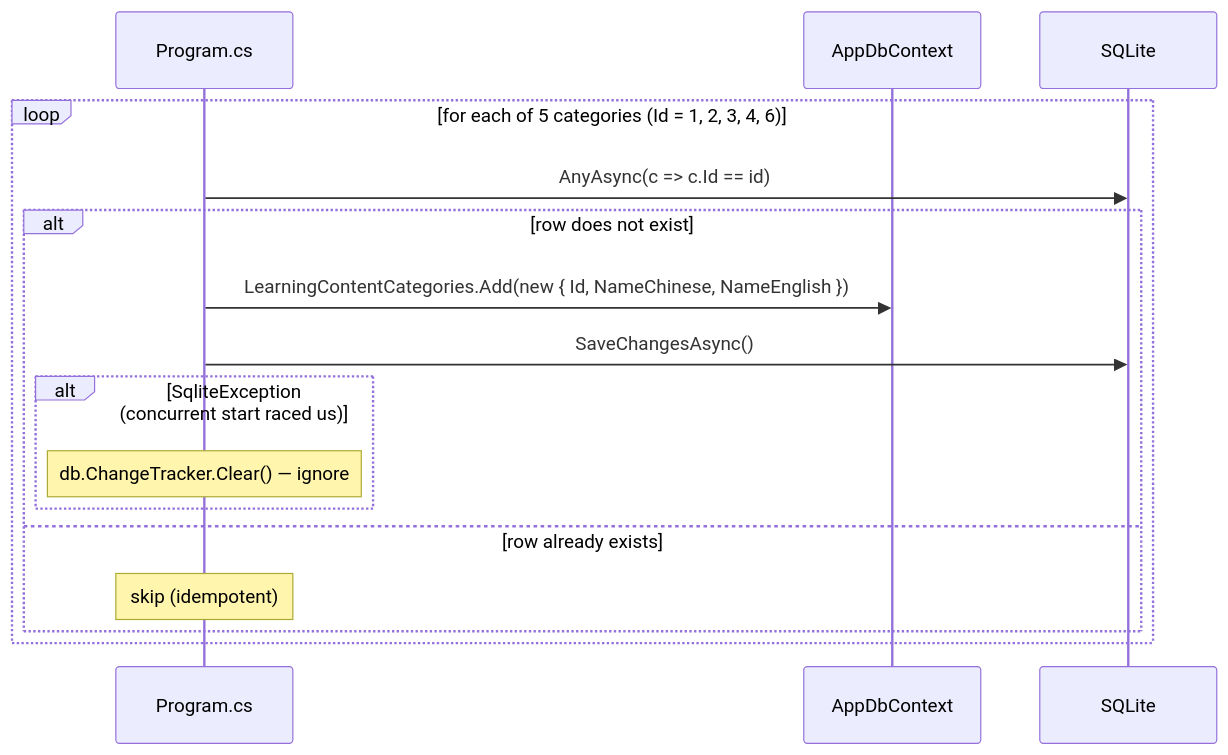
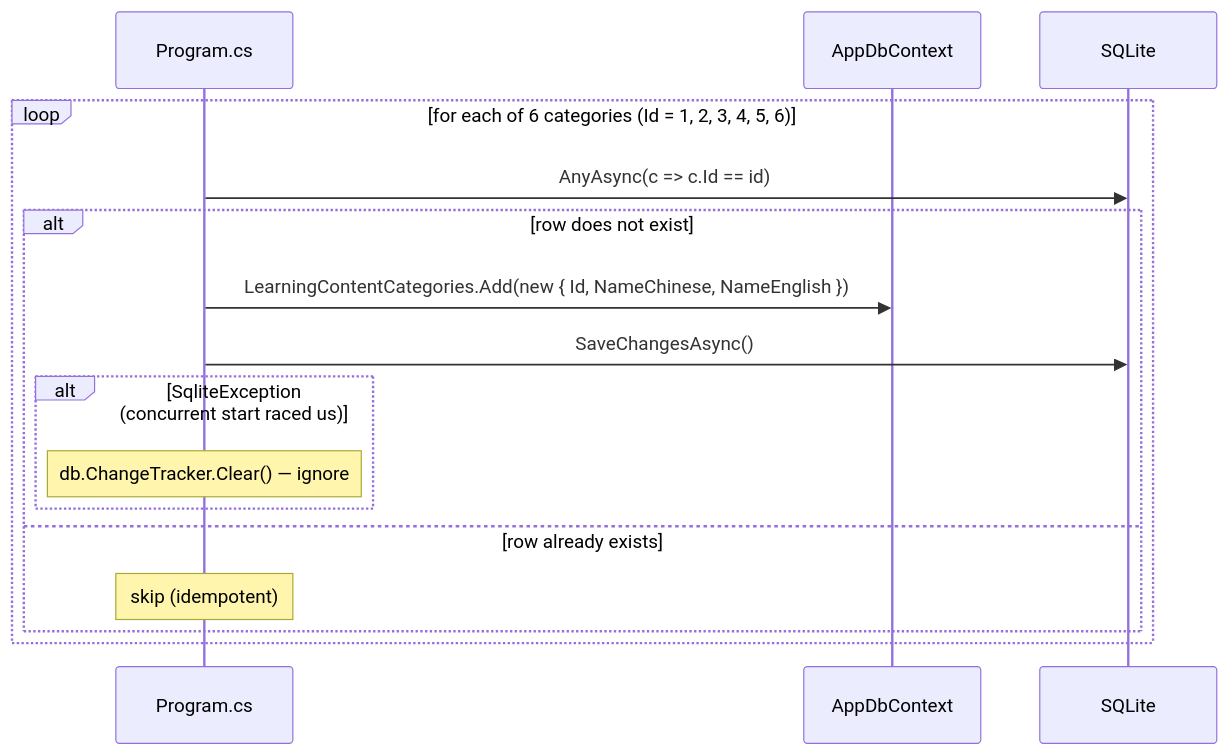
The second of 4 diagrams in docs/design-data-seeder.md (alvachien/aclearningutil), drawn with Mermaid before and after one commit. The commit also changed other lines of this file and 23 other files, not shown here.

Commit message:
New changes for db schema update

````diff
--- a/docs/design-data-seeder.md
+++ b/docs/design-data-seeder.md
@@ -91,19 +108,19 @@
 ```mermaid
 sequenceDiagram
     participant App as Program.cs
     participant DB as AppDbContext
     participant SQLite as SQLite
 
-    loop for each of 5 categories (Id = 1, 2, 3, 4, 6)
+    loop for each of 6 categories (Id = 1, 2, 3, 4, 5, 6)
         App->>SQLite: AnyAsync(c => c.Id == id)
         alt row does not exist
             App->>DB: LearningContentCategories.Add(new { Id, NameChinese, NameEnglish })
             App->>SQLite: SaveChangesAsync()
             alt SqliteException (concurrent start raced us)
                 Note over App: db.ChangeTracker.Clear() — ignore
             end
         else row already exists
             Note over App: skip (idempotent)
         end
     end
 ```
````
